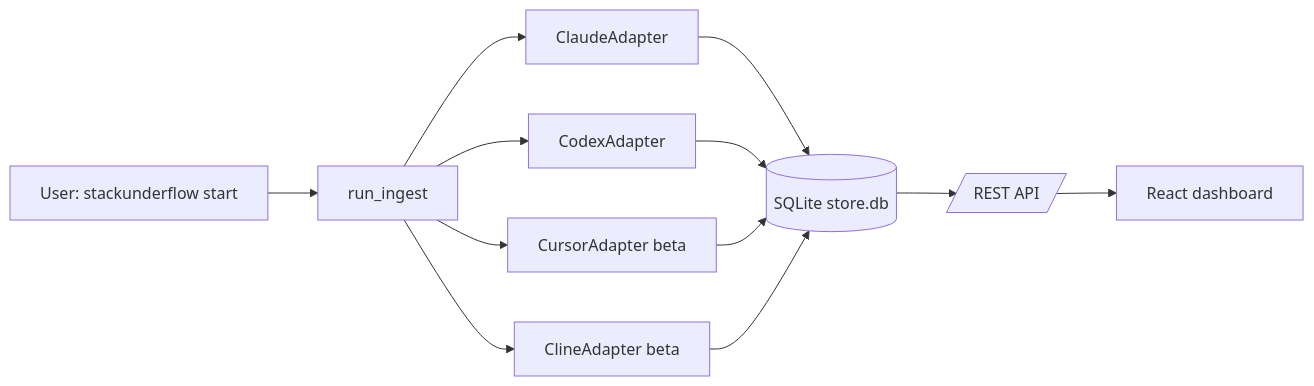
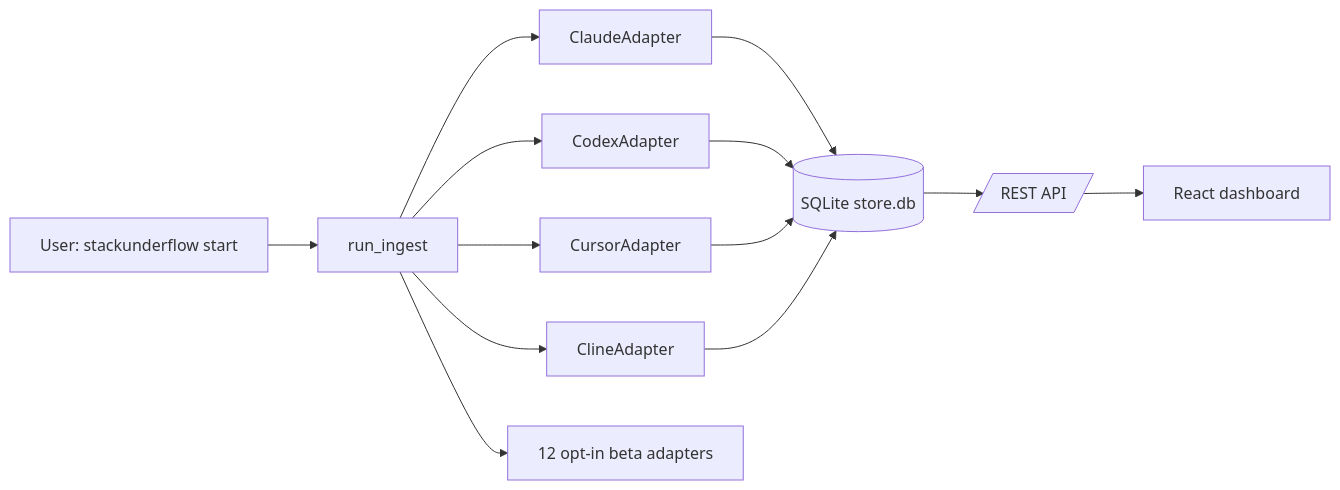
The diagram in docs/multi-provider.md (0bserver07/StackUnderflow), drawn with Mermaid before and after one commit. The commit also changed other lines of this file and 4 other files, not shown here.

First line of the commit message:
feat: promote cursor + cline adapters to default-on

````diff
--- a/docs/multi-provider.md
+++ b/docs/multi-provider.md
@@ -58,14 +86,15 @@
 ```mermaid
 flowchart LR
     user[User: stackunderflow start] --> ingest[run_ingest]
     ingest --> claude[ClaudeAdapter]
     ingest --> codex[CodexAdapter]
-    ingest --> cursor[CursorAdapter beta]
-    ingest --> cline[ClineAdapter beta]
+    ingest --> cursor[CursorAdapter]
+    ingest --> cline[ClineAdapter]
+    ingest --> betas[12 opt-in beta adapters]
     claude --> store[(SQLite store.db)]
     codex --> store
     cursor --> store
     cline --> store
     store --> api[/REST API/]
     api --> ui[React dashboard]
 ```
````
